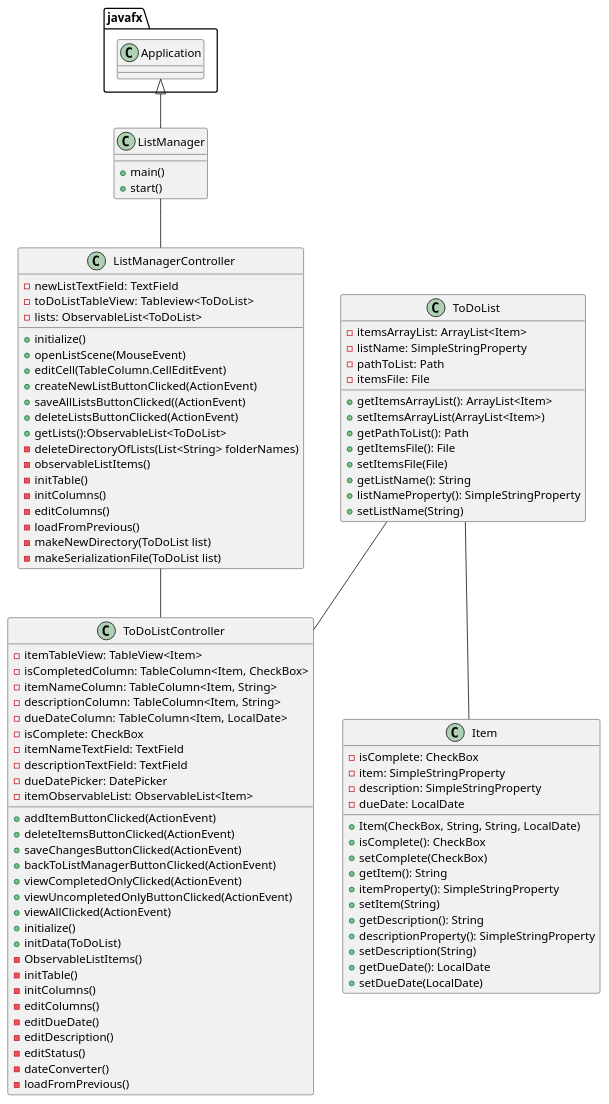
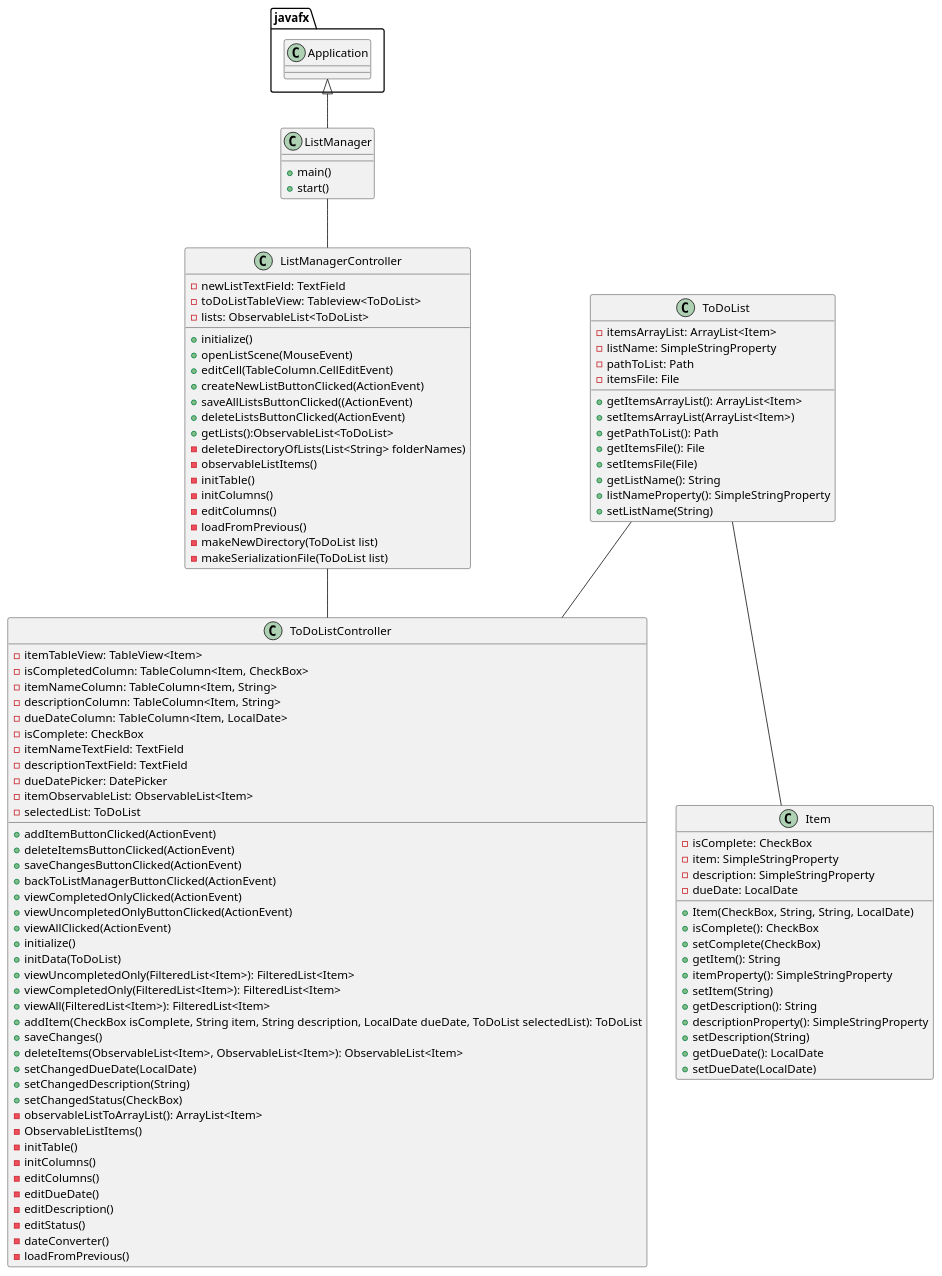
One commit to ivy-nguyen18/nguyen-cop3330-assignment4 changed the diagram in uml/ListManager.puml. Above: the diagram before and after it, drawn with PlantUML. The commit also changed 7 other files, not shown here.

Commit message:
PlantUML and test pseudocode for ToDoList done

```diff
--- a/uml/ListManager.puml
+++ b/uml/ListManager.puml
@@ -1,105 +1,116 @@
 @startuml
 'https://plantuml.com/class-diagram
 
 class ListManager{
     + main()
     + start()
 }
 
 class ListManagerController{
     - newListTextField: TextField
     - toDoListTableView: Tableview<ToDoList>
     - lists: ObservableList<ToDoList>
 
     + initialize()
     + openListScene(MouseEvent)
     + editCell(TableColumn.CellEditEvent)
     + createNewListButtonClicked(ActionEvent)
     + saveAllListsButtonClicked((ActionEvent)
     + deleteListsButtonClicked(ActionEvent)
     + getLists():ObservableList<ToDoList>
     - deleteDirectoryOfLists(List<String> folderNames)
     - observableListItems()
     - initTable()
     - initColumns()
     - editColumns()
     - loadFromPrevious()
     - makeNewDirectory(ToDoList list)
     - makeSerializationFile(ToDoList list)
 }
 
 class ToDoList{
     - itemsArrayList: ArrayList<Item>
     - listName: SimpleStringProperty
     - pathToList: Path
     - itemsFile: File
 
     + getItemsArrayList(): ArrayList<Item>
     + setItemsArrayList(ArrayList<Item>)
     + getPathToList(): Path
     + getItemsFile(): File
     + setItemsFile(File)
     + getListName(): String
     + listNameProperty(): SimpleStringProperty
     + setListName(String)
 }
 
 class ToDoListController{
     - itemTableView: TableView<Item>
     - isCompletedColumn: TableColumn<Item, CheckBox>
     - itemNameColumn: TableColumn<Item, String>
     - descriptionColumn: TableColumn<Item, String>
     - dueDateColumn: TableColumn<Item, LocalDate>
     - isComplete: CheckBox
     - itemNameTextField: TextField
     - descriptionTextField: TextField
     - dueDatePicker: DatePicker
     - itemObservableList: ObservableList<Item>
+    - selectedList: ToDoList
 
     + addItemButtonClicked(ActionEvent)
     + deleteItemsButtonClicked(ActionEvent)
     + saveChangesButtonClicked(ActionEvent)
     + backToListManagerButtonClicked(ActionEvent)
     + viewCompletedOnlyClicked(ActionEvent)
     + viewUncompletedOnlyButtonClicked(ActionEvent)
     + viewAllClicked(ActionEvent)
     + initialize()
     + initData(ToDoList)
+    + viewUncompletedOnly(FilteredList<Item>): FilteredList<Item>
+    + viewCompletedOnly(FilteredList<Item>): FilteredList<Item>
+    + viewAll(FilteredList<Item>): FilteredList<Item>
+    + addItem(CheckBox isComplete, String item, String description, LocalDate dueDate, ToDoList selectedList): ToDoList
+    + saveChanges()
+    + deleteItems(ObservableList<Item>, ObservableList<Item>): ObservableList<Item>
+    + setChangedDueDate(LocalDate)
+    + setChangedDescription(String)
+    + setChangedStatus(CheckBox)
+    - observableListToArrayList(): ArrayList<Item>
     - ObservableListItems()
     - initTable()
     - initColumns()
     - editColumns()
     - editDueDate()
     - editDescription()
     - editStatus()
     - dateConverter()
     - loadFromPrevious()
 
 }
 
 class Item{
     - isComplete: CheckBox
     - item: SimpleStringProperty
     - description: SimpleStringProperty
     - dueDate: LocalDate
 
     + Item(CheckBox, String, String, LocalDate)
     + isComplete(): CheckBox
     + setComplete(CheckBox)
     + getItem(): String
     + itemProperty(): SimpleStringProperty
     + setItem(String)
     + getDescription(): String
     + descriptionProperty(): SimpleStringProperty
     + setDescription(String)
     + getDueDate(): LocalDate
     + setDueDate(LocalDate)
 }
 
 javafx.Application <|-- ListManager
 ListManager -- ListManagerController
 ListManagerController -- ToDoListController
 ToDoList -- ToDoListController
 ToDoList -- Item
 
 @enduml
```
